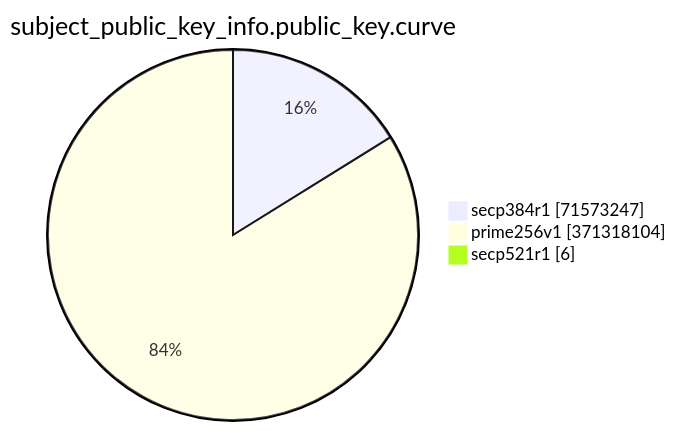
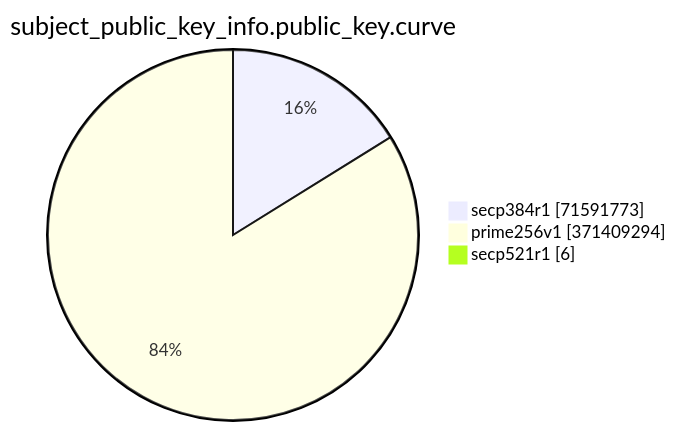
Before and after one commit to christiankrug/ctmonitor_visualization: the eighth of 15 diagrams in TOTAL/README.md, drawn with Mermaid. The commit also changed other lines of this file, not shown here.

````diff
--- a/TOTAL/README.md
+++ b/TOTAL/README.md
@@ -3094,7 +3094,7 @@
 ```mermaid
 pie showData
 title subject_public_key_info.public_key.curve
-"secp384r1" :71573247
-"prime256v1" :371318104
+"secp384r1" :71591773
+"prime256v1" :371409294
 "secp521r1" :6
 ```
````
